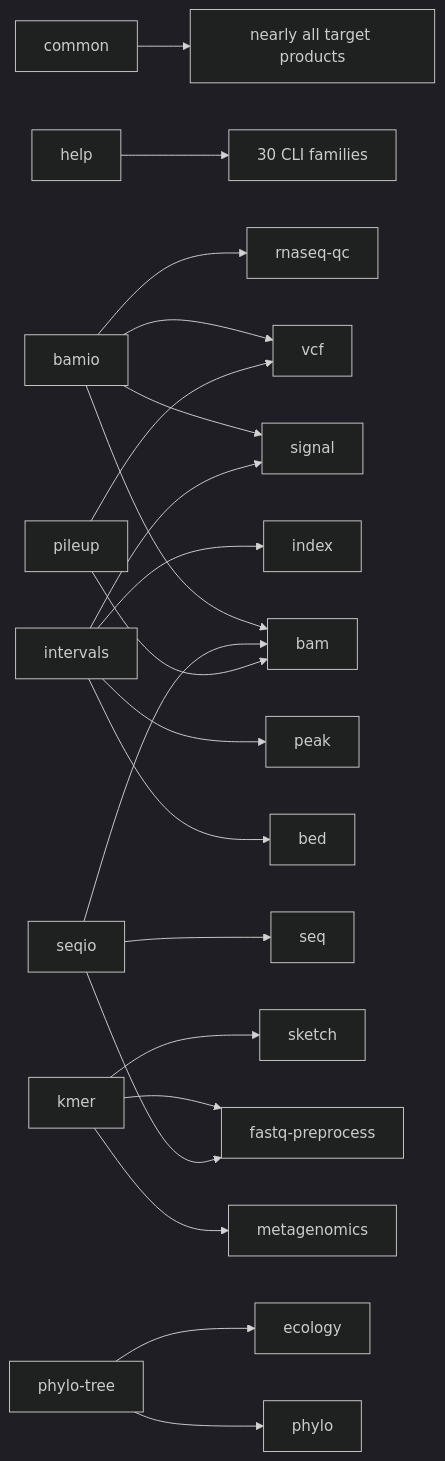
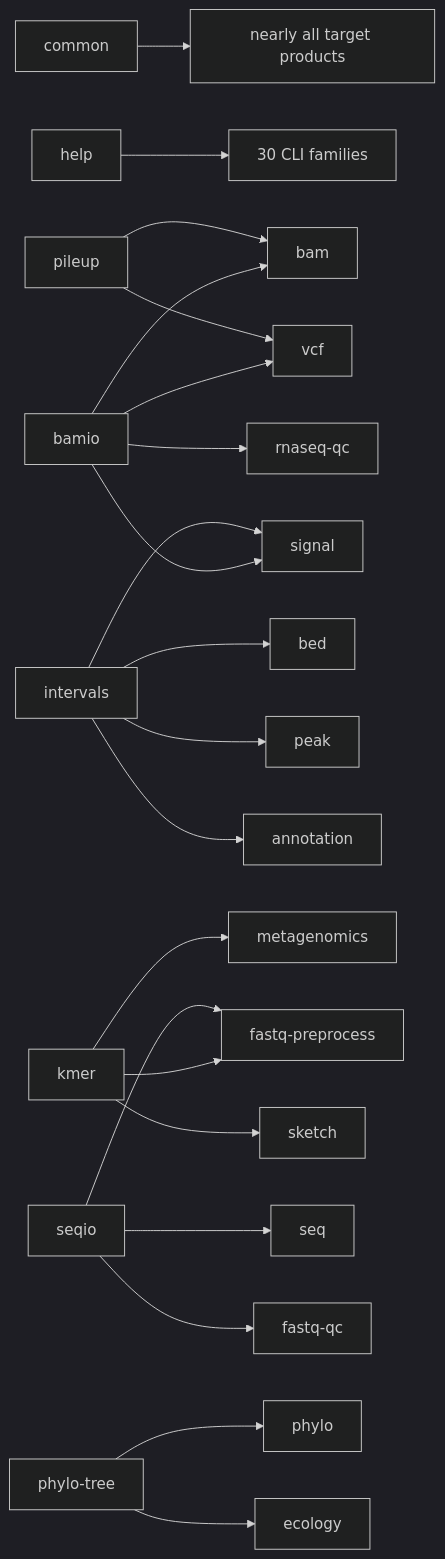
Before and after one commit to omics-rust/rsomics-world: the diagram in docs/00-overview/portfolio-reconstruction.md, drawn with Mermaid (dark theme). The commit also changed other lines of this file and 13 other files, not shown here.

````diff
--- a/docs/00-overview/portfolio-reconstruction.md
+++ b/docs/00-overview/portfolio-reconstruction.md
@@ -169,23 +171,23 @@
 ```mermaid
 flowchart LR
     common["common"] --> products["nearly all target products"]
     help["help"] --> cli["30 CLI families"]
     bamio["bamio"] --> bam["bam"]
     bamio --> signal["signal"]
     bamio --> rnaqc["rnaseq-qc"]
     bamio --> vcf["vcf"]
     intervals["intervals"] --> bed["bed"]
     intervals --> signal
     intervals --> peak["peak"]
-    intervals --> index["index"]
+    intervals --> annotation["annotation"]
     kmer["kmer"] --> fastq["fastq-preprocess"]
     kmer --> meta["metagenomics"]
     kmer --> sketch["sketch"]
     seqio["seqio"] --> seq["seq"]
     seqio --> fastq
-    seqio --> bam
+    seqio --> fastqqc["fastq-qc"]
     tree["phylo-tree"] --> phylo["phylo"]
     tree --> ecology["ecology"]
     pileup["pileup"] --> bam
     pileup --> vcf
 ```
````
